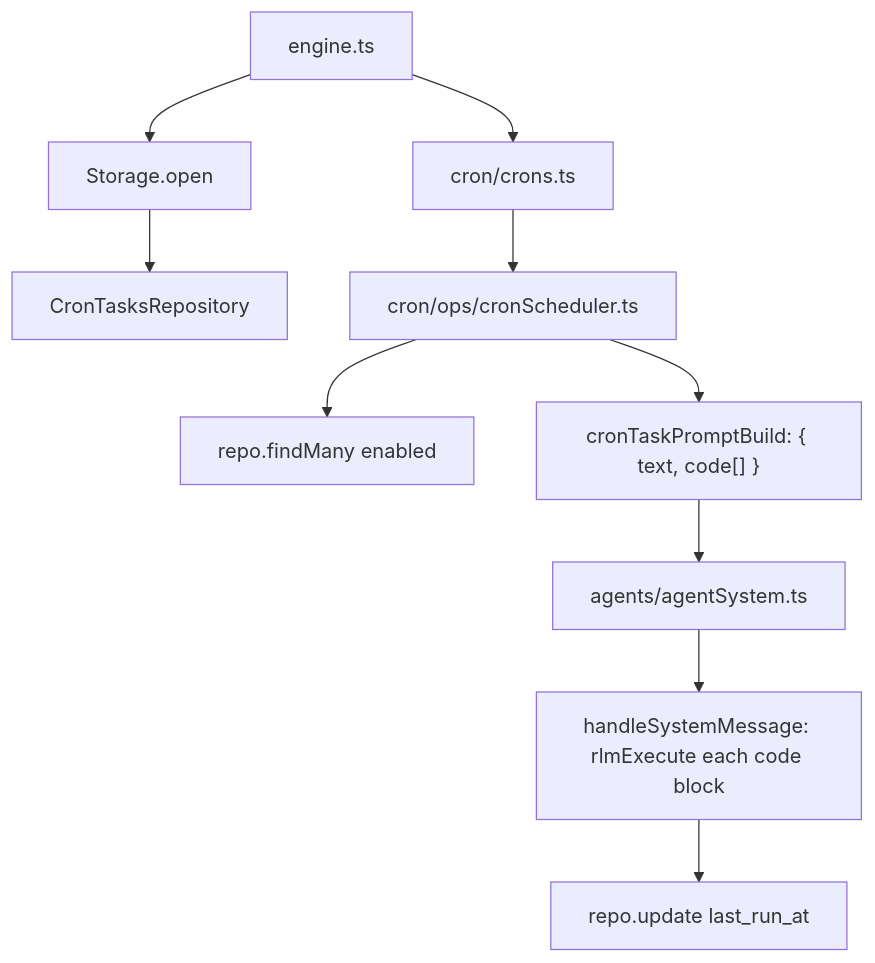
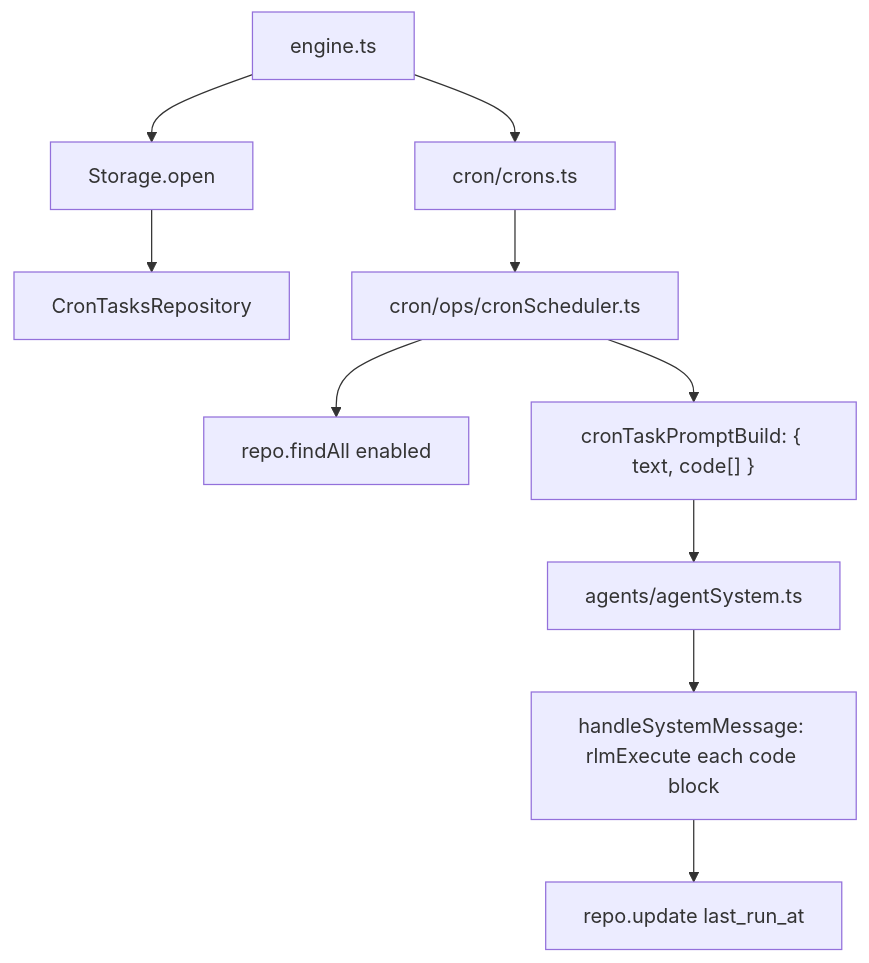
Before and after one commit to ex3ndr/daycare: the diagram in doc/internals/cron.md, drawn with Mermaid. The commit also changed other lines of this file and 48 other files, not shown here.

````diff
--- a/doc/internals/cron.md
+++ b/doc/internals/cron.md
@@ -24,12 +25,12 @@
 ```mermaid
 flowchart TD
   Engine[engine.ts] --> Storage[Storage.open]
   Storage --> Repo[CronTasksRepository]
   Engine --> Crons[cron/crons.ts]
   Crons --> Scheduler[cron/ops/cronScheduler.ts]
-  Scheduler --> RepoLoad[repo.findMany enabled]
+  Scheduler --> RepoLoad[repo.findAll enabled]
   Scheduler --> Build["cronTaskPromptBuild: { text, code[] }"]
   Build --> AgentSystem[agents/agentSystem.ts]
   AgentSystem --> RLM["handleSystemMessage: rlmExecute each code block"]
   RLM --> Persist[repo.update last_run_at]
 ```
````
